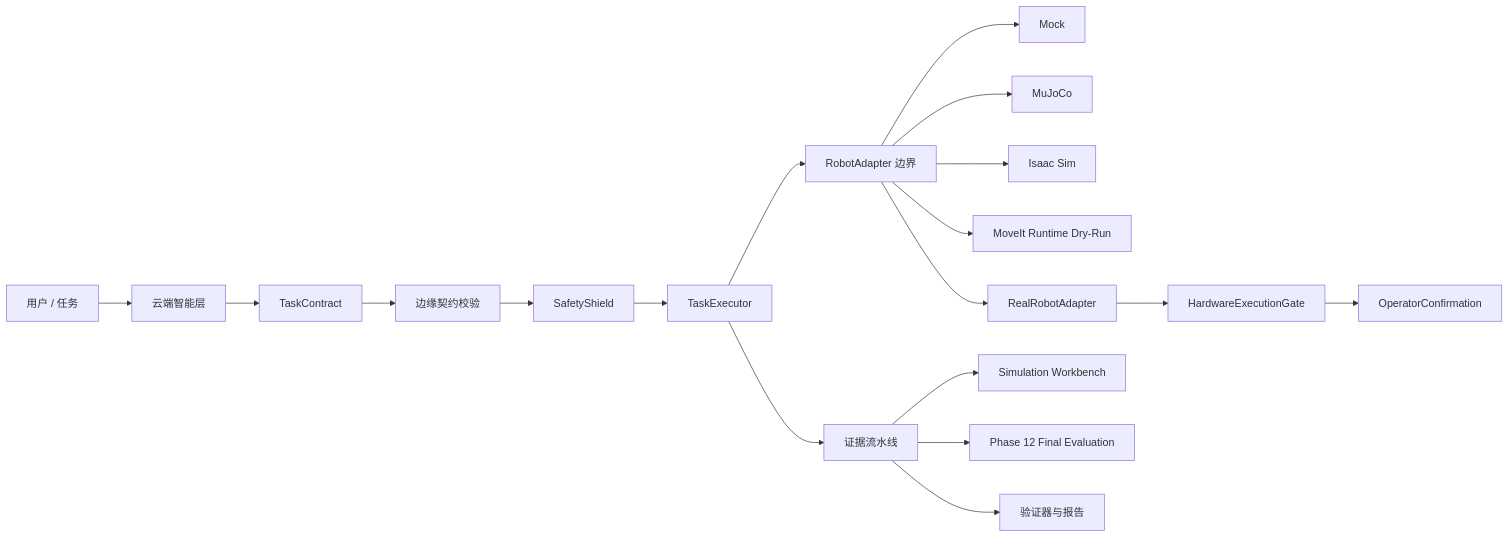
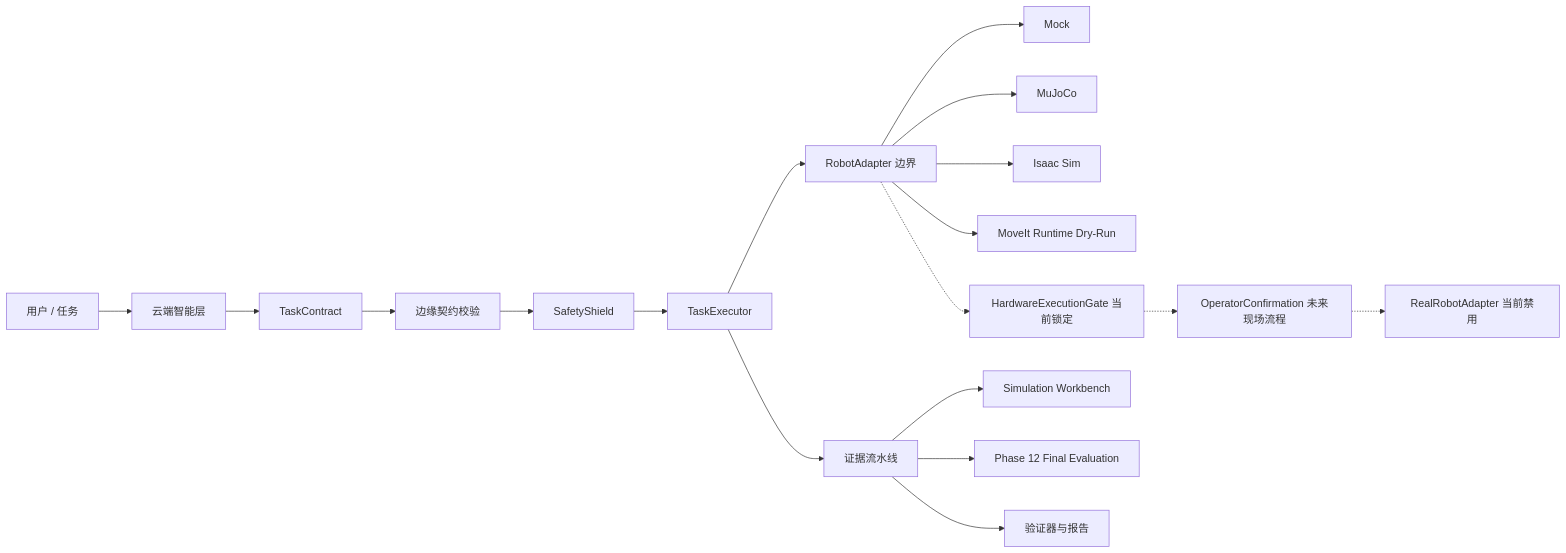
The first of 9 diagrams in docs/architecture.md (ningyd98/BIG-small), drawn with Mermaid before and after one commit. The commit also changed other lines of this file and 4 other files, not shown here.

````diff
--- a/docs/architecture.md
+++ b/docs/architecture.md
@@ -22,20 +39,20 @@
 ```mermaid
 flowchart LR
   User[用户 / 任务] --> Cloud[云端智能层]
   Cloud --> Contract[TaskContract]
   Contract --> Validator[边缘契约校验]
   Validator --> Shield[SafetyShield]
   Shield --> Executor[TaskExecutor]
   Executor --> Adapter[RobotAdapter 边界]
   Adapter --> Mock[Mock]
   Adapter --> MuJoCo[MuJoCo]
   Adapter --> Isaac[Isaac Sim]
   Adapter --> MoveIt[MoveIt Runtime Dry-Run]
-  Adapter --> Real[RealRobotAdapter]
+  Adapter -.-> Gate[HardwareExecutionGate 当前锁定]
+  Gate -.-> Confirm[OperatorConfirmation 未来现场流程]
+  Confirm -.-> Real[RealRobotAdapter 当前禁用]
   Evidence --> Workbench[Simulation Workbench]
   Evidence --> FinalEval[Phase 12 Final Evaluation]
-  Real --> Gate[HardwareExecutionGate]
-  Gate --> Confirm[OperatorConfirmation]
   Executor --> Evidence[证据流水线]
   Evidence --> Verifiers[验证器与报告]
 ```
````
